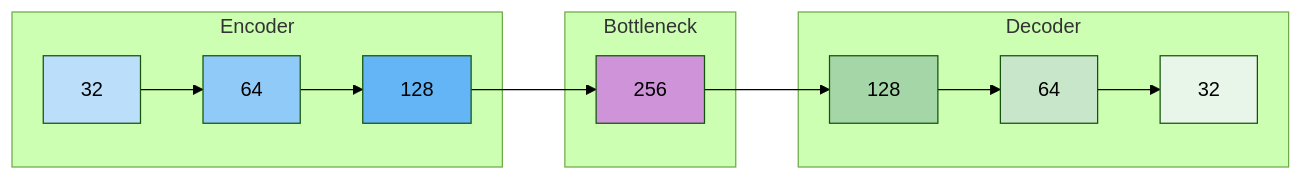
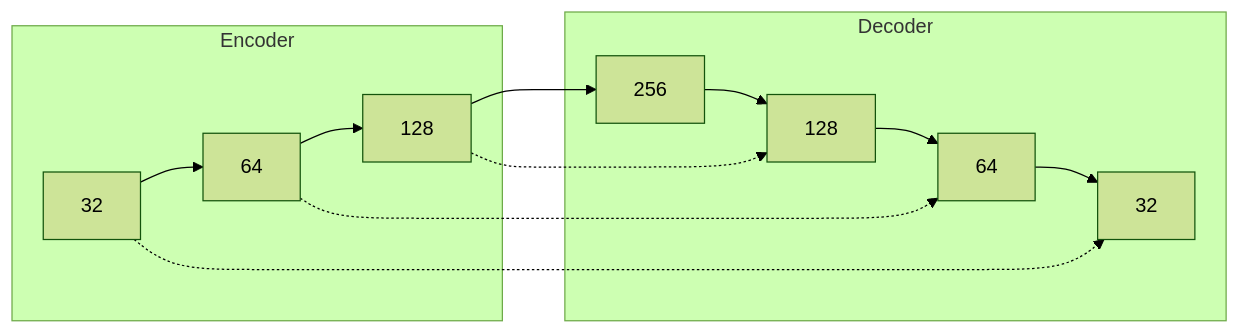
One commit to ghobadian/asphalt_crack_segmentation changed the second of 2 diagrams in README.md. Above: the diagram before and after it, drawn with Mermaid (forest theme). The commit also changed other lines of this file, not shown here.

````diff
--- a/README.md
+++ b/README.md
@@ -105,24 +19,16 @@
 ```mermaid
-graph LR
-    subgraph Encoder
-        E1["32"] --> E2["64"] --> E3["128"]
-    end
-    
-    subgraph Bottleneck
-        BN["256"]
-    end
-    
-    subgraph Decoder
-        D3["128"] --> D2["64"] --> D1["32"]
-    end
-    
-    E3 --> BN --> D3
-    
-    style E1 fill:#bbdefb
-    style E2 fill:#90caf9
-    style E3 fill:#64b5f6
-    style BN fill:#ce93d8
-    style D3 fill:#a5d6a7
-    style D2 fill:#c8e6c9
-    style D1 fill:#e8f5e9
+flowchart LR
+subgraph Encoder
+E1[32] --> E2[64] --> E3[128]
+end
+
+E3 --> B[256]
+
+subgraph Decoder
+B --> D3[128] --> D2[64] --> D1[32]
+end
+
+E1 -.-> D1
+E2 -.-> D2
+E3 -.-> D3
 ```
````
